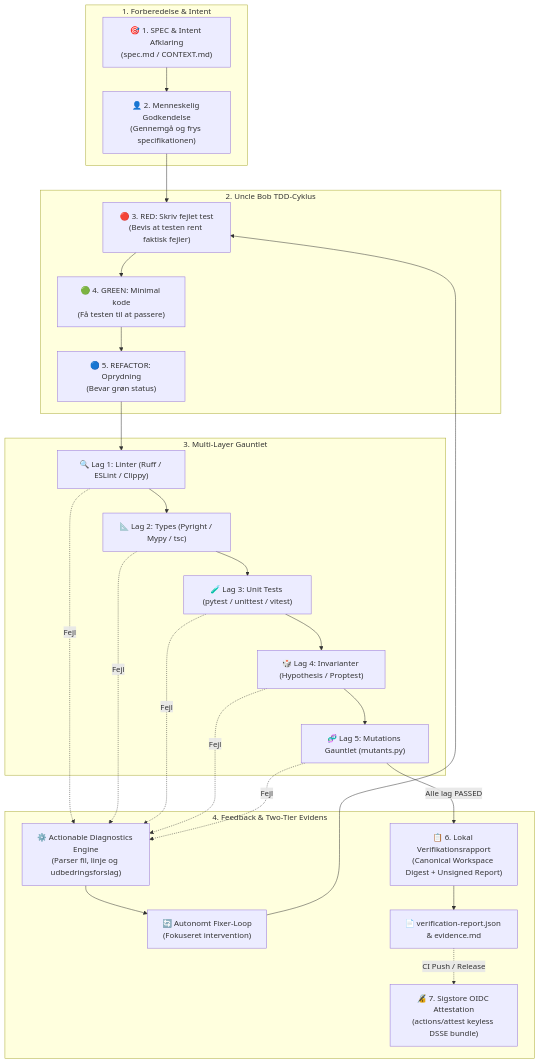
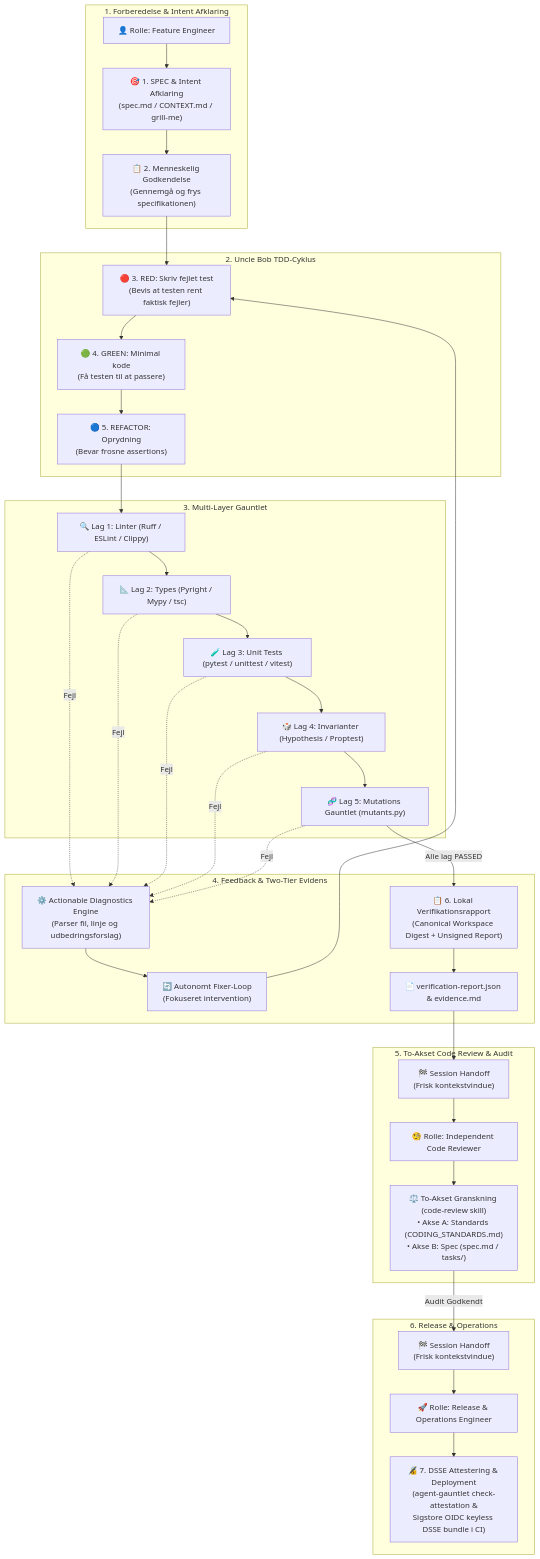
Before and after one commit to rolfmadsen/agent-gauntlet: the diagram in README.md, drawn with Mermaid. The commit also changed other lines of this file and 39 other files, not shown here.

First line of the commit message:
feat: release v0.3.0 with multi-role handoff FSM, code-review skill, coding standards, and Cursor adapter

````diff
--- a/README.md
+++ b/README.md
@@ -36,34 +36,46 @@
 ```mermaid
 flowchart TD
-    subgraph 1. Forberedelse & Intent
-        Intent["🎯 1. SPEC & Intent Afklaring\n(spec.md / CONTEXT.md)"] --> Appr["👤 2. Menneskelig Godkendelse\n(Gennemgå og frys specifikationen)"]
+    subgraph 1. Forberedelse & Intent Afklaring
+        Role1["👤 Rolle: Feature Engineer"] --> Intent["🎯 1. SPEC & Intent Afklaring\n(spec.md / CONTEXT.md / grill-me)"]
+        Intent --> Appr["📋 2. Menneskelig Godkendelse\n(Gennemgå og frys specifikationen)"]
     end
 
     subgraph 2. Uncle Bob TDD-Cyklus
         Appr --> Red["🔴 3. RED: Skriv fejlet test\n(Bevis at testen rent faktisk fejler)"]
         Red --> Green["🟢 4. GREEN: Minimal kode\n(Få testen til at passere)"]
-        Green --> Refactor["🔵 5. REFACTOR: Oprydning\n(Bevar grøn status)"]
+        Green --> Refactor["🔵 5. REFACTOR: Oprydning\n(Bevar frosne assertions)"]
     end
 
     subgraph 3. Multi-Layer Gauntlet
         Refactor --> Layer1["🔍 Lag 1: Linter (Ruff / ESLint / Clippy)"]
         Layer1 --> Layer2["📐 Lag 2: Types (Pyright / Mypy / tsc)"]
         Layer2 --> Layer3["🧪 Lag 3: Unit Tests (pytest / unittest / vitest)"]
         Layer3 --> Layer4["🎲 Lag 4: Invarianter (Hypothesis / Proptest)"]
         Layer4 --> Layer5["🧬 Lag 5: Mutations Gauntlet (mutants.py)"]
     end
 
     subgraph 4. Feedback & Two-Tier Evidens
         Layer1 -. Fejl .-> Diag["⚙️ Actionable Diagnostics Engine\n(Parser fil, linje og udbedringsforslag)"]
         Layer2 -. Fejl .-> Diag
         Layer3 -. Fejl .-> Diag
         Layer4 -. Fejl .-> Diag
         Layer5 -. Fejl .-> Diag
         Diag --> FixLoop["🔄 Autonomt Fixer-Loop\n(Fokuseret intervention)"]
         FixLoop --> Red
 
         Layer5 -->|Alle lag PASSED| Report["📋 6. Lokal Verifikationsrapport\n(Canonical Workspace Digest + Unsigned Report)"]
         Report --> Ledger["📄 verification-report.json & evidence.md"]
-        Ledger -. CI Push / Release .-> Attest["🔏 7. Sigstore OIDC Attestation\n(actions/attest keyless DSSE bundle)"]
+    end
+
+    subgraph 5. To-Akset Code Review & Audit
+        Ledger --> Handoff1["🏁 Session Handoff\n(Frisk kontekstvindue)"]
+        Handoff1 --> Role2["🧐 Rolle: Independent Code Reviewer"]
+        Role2 --> Review["⚖️ To-Akset Granskning (code-review skill)\n• Akse A: Standards (CODING_STANDARDS.md)\n• Akse B: Spec (spec.md / tasks/)"]
+    end
+
+    subgraph 6. Release & Operations
+        Review -->|Audit Godkendt| Handoff2["🏁 Session Handoff\n(Frisk kontekstvindue)"]
+        Handoff2 --> Role3["🚀 Rolle: Release & Operations Engineer"]
+        Role3 --> Attest["🔏 7. DSSE Attestering & Deployment\n(agent-gauntlet check-attestation &\nSigstore OIDC keyless DSSE bundle i CI)"]
     end
 ```
````
